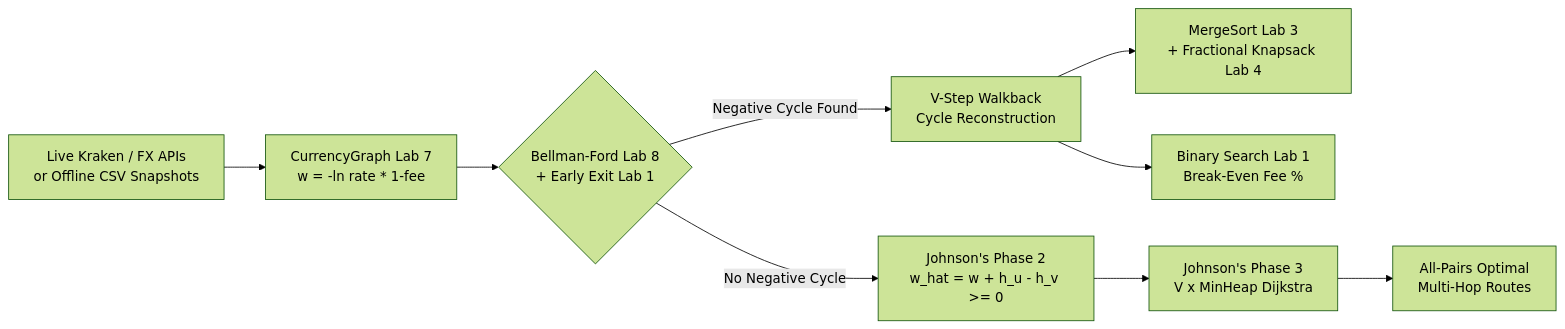
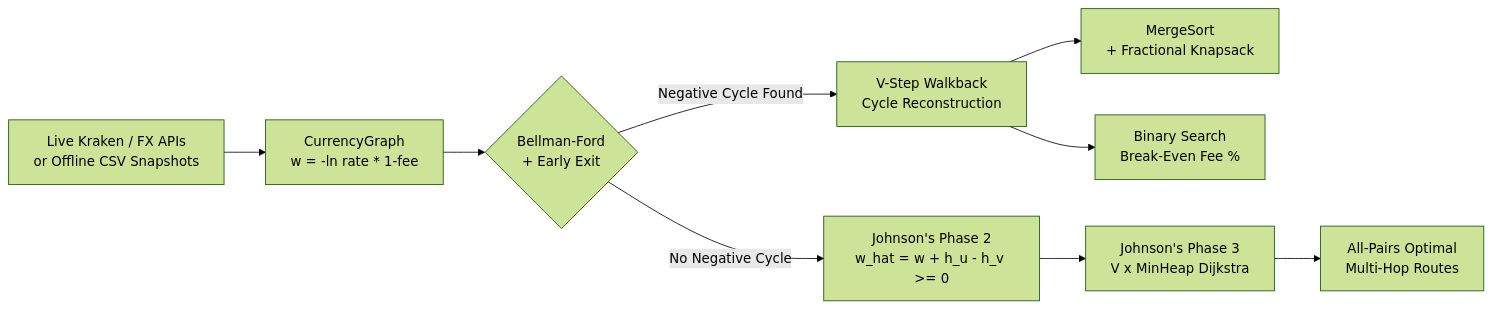
The diagram in README.md (tahseen017/ArbiGraph), drawn with Mermaid (forest theme) before and after one commit. The commit also changed other lines of this file and 1 other file, not shown here.

Commit message:
Clean up docs: remove course/lab references from README and RUN_ME

````diff
--- a/README.md
+++ b/README.md
@@ -37,11 +36,11 @@
 ```mermaid
 flowchart LR
-    A[Live Kraken / FX APIs\nor Offline CSV Snapshots] --> B[CurrencyGraph Lab 7\nw = -ln rate * 1-fee]
-    B --> C{Bellman-Ford Lab 8\n+ Early Exit Lab 1}
+    A[Live Kraken / FX APIs\nor Offline CSV Snapshots] --> B[CurrencyGraph\nw = -ln rate * 1-fee]
+    B --> C{Bellman-Ford\n+ Early Exit}
     C -- Negative Cycle Found --> D[V-Step Walkback\nCycle Reconstruction]
-    D --> E[MergeSort Lab 3\n+ Fractional Knapsack Lab 4]
-    D --> F[Binary Search Lab 1\nBreak-Even Fee %]
+    D --> E[MergeSort\n+ Fractional Knapsack]
+    D --> F[Binary Search\nBreak-Even Fee %]
     C -- No Negative Cycle --> G[Johnson's Phase 2\nw_hat = w + h_u - h_v >= 0]
     G --> H[Johnson's Phase 3\nV x MinHeap Dijkstra]
     H --> I[All-Pairs Optimal\nMulti-Hop Routes]
 ```
````
